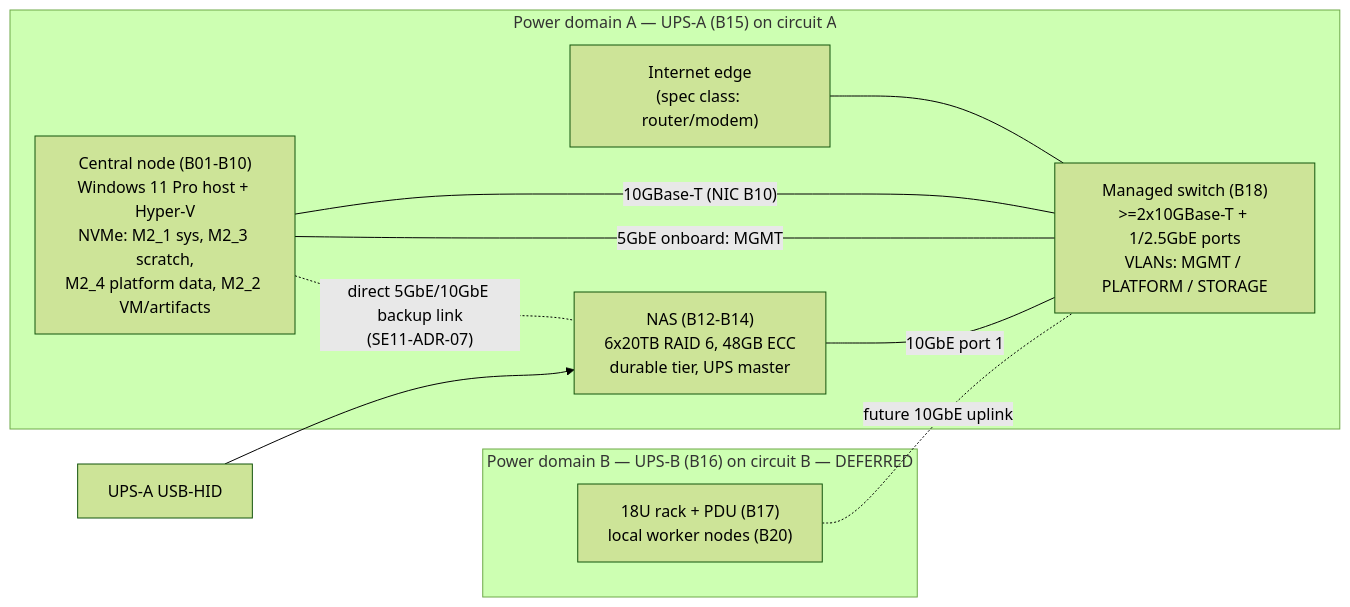
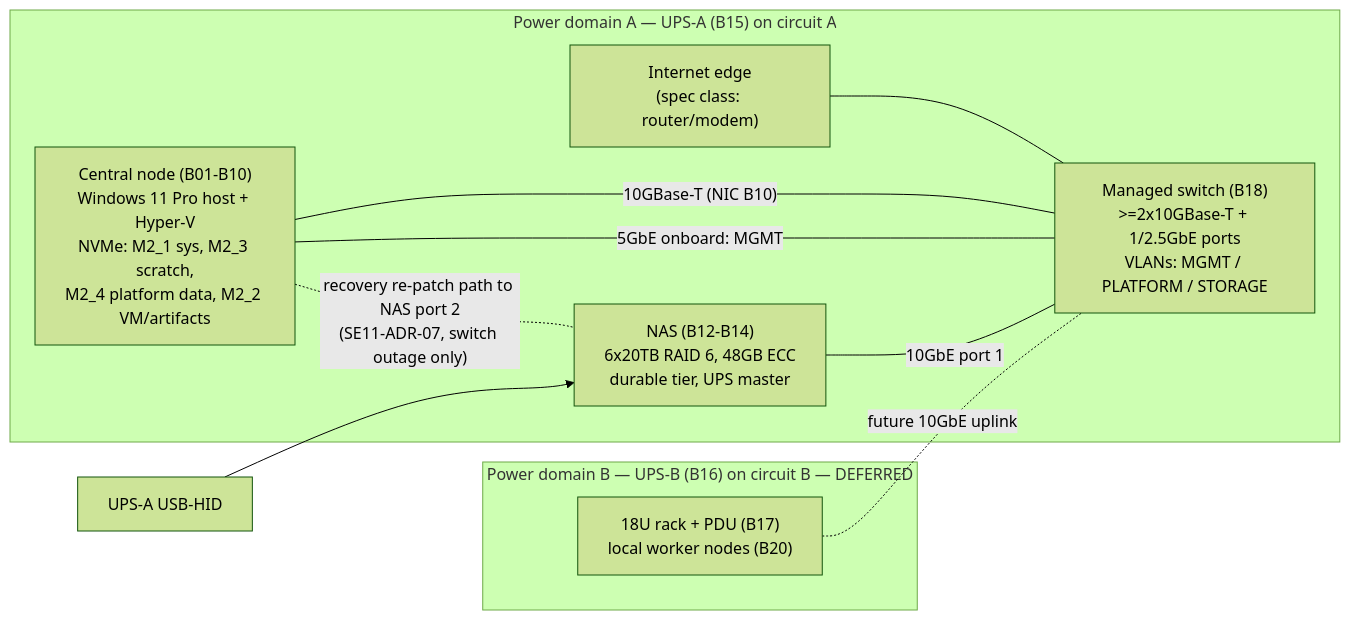
Before and after one commit to kwamethegreat/App_Builder_Phase_1_Planning: the diagram in 50-Engineering-Domains/SE11/Outputs/_smoke/SMK-20261103192618/SE11-PHYSICAL-INFRASTR-HARDWARE.md, drawn with Mermaid (forest theme). The commit also changed other lines of this file, not shown here.

````diff
--- a/50-Engineering-Domains/SE11/Outputs/_smoke/SMK-20261103192618/SE11-PHYSICAL-INFRASTR-HARDWARE.md
+++ b/50-Engineering-Domains/SE11/Outputs/_smoke/SMK-20261103192618/SE11-PHYSICAL-INFRASTR-HARDWARE.md
@@ -109,19 +109,19 @@
 ```mermaid
 flowchart LR
   subgraph PD-A["Power domain A — UPS-A (B15) on circuit A"]
     EDGE["Internet edge<br/>(spec class: router/modem)"]
     SW["Managed switch (B18)<br/>>=2x10GBase-T + 1/2.5GbE ports<br/>VLANs: MGMT / PLATFORM / STORAGE"]
     PC["Central node (B01-B10)<br/>Windows 11 Pro host + Hyper-V<br/>NVMe: M2_1 sys, M2_3 scratch,<br/>M2_4 platform data, M2_2 VM/artifacts"]
     NAS["NAS (B12-B14)<br/>6x20TB RAID 6, 48GB ECC<br/>durable tier, UPS master"]
   end
   subgraph PD-B["Power domain B — UPS-B (B16) on circuit B — DEFERRED"]
     RACK["18U rack + PDU (B17)<br/>local worker nodes (B20)"]
   end
   EDGE --- SW
   PC -- "10GBase-T (NIC B10)" --- SW
   PC -- "5GbE onboard: MGMT" --- SW
   NAS -- "10GbE port 1" --- SW
-  PC -. "direct 5GbE/10GbE backup link<br/>(SE11-ADR-07)" .- NAS
+  PC -. "recovery re-patch path to NAS port 2<br/>(SE11-ADR-07, switch outage only)" .- NAS
   RACK -. "future 10GbE uplink" .- SW
   UPSA["UPS-A USB-HID"] --> NAS
 ```
````
